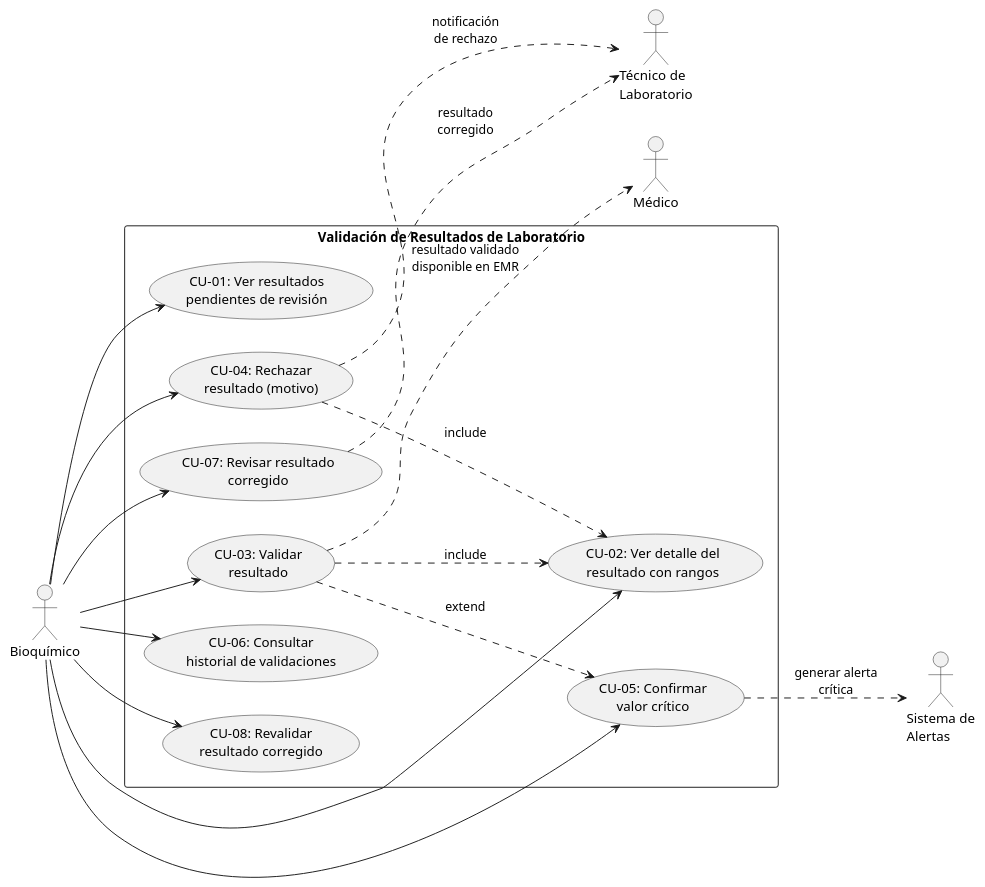
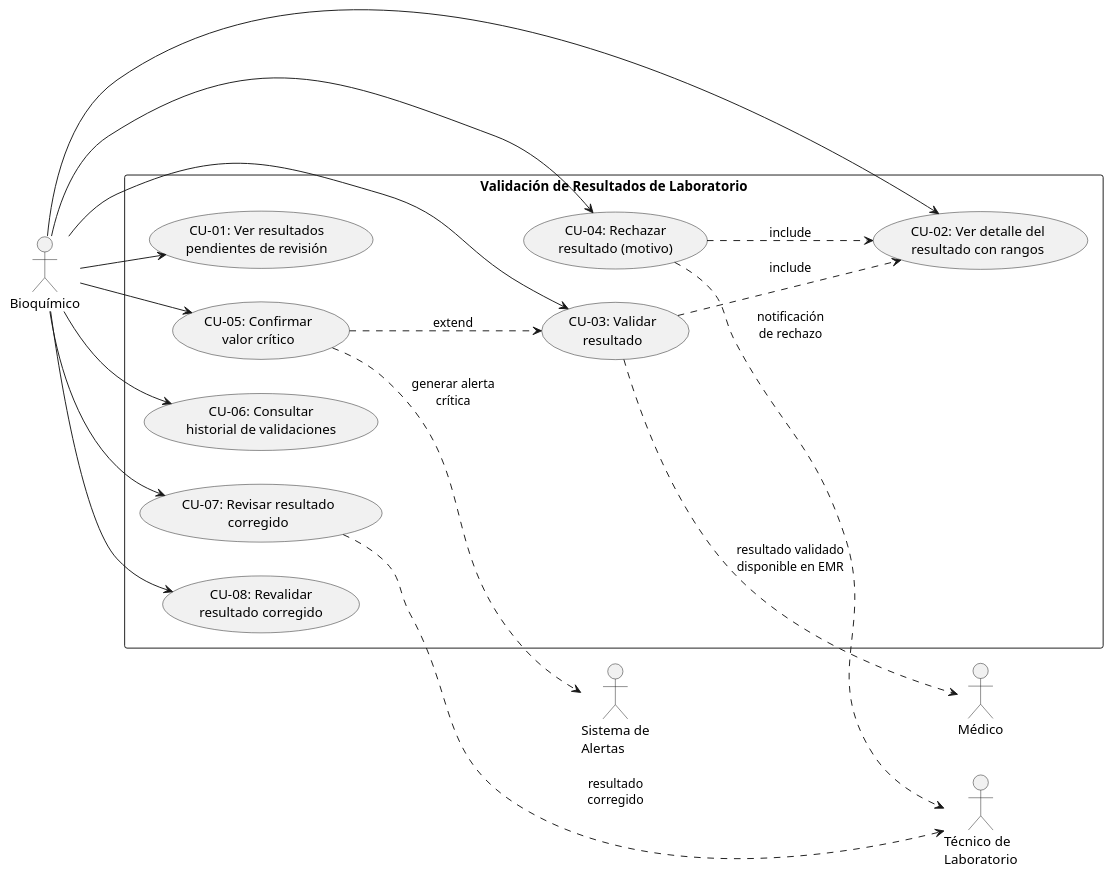
One commit to gioore/asii20-microhis-validacion-bioquimico-tareas changed the diagram in tarea1-uml/casos-de-uso.puml. Above: the diagram before and after it, drawn with PlantUML. The commit also changed 1 other file, not shown here.

Commit message:
tarea1: fix extend direction and actor relations in use case diagram (review)

```diff
--- a/tarea1-uml/casos-de-uso.puml
+++ b/tarea1-uml/casos-de-uso.puml
@@ -1,38 +1,38 @@
 @startuml
 left to right direction
 skinparam packageStyle rectangle
 
 actor "Bioquímico" as bio
 actor "Técnico de\nLaboratorio" as tec
 actor "Médico" as med
 actor "Sistema de\nAlertas" as alertas
 
 rectangle "Validación de Resultados de Laboratorio" {
   usecase "CU-01: Ver resultados\npendientes de revisión" as UC01
   usecase "CU-02: Ver detalle del\nresultado con rangos" as UC02
   usecase "CU-03: Validar\nresultado" as UC03
   usecase "CU-04: Rechazar\nresultado (motivo)" as UC04
   usecase "CU-05: Confirmar\nvalor crítico" as UC05
   usecase "CU-06: Consultar\nhistorial de validaciones" as UC06
   usecase "CU-07: Revisar resultado\ncorregido" as UC07
   usecase "CU-08: Revalidar\nresultado corregido" as UC08
 }
 
 bio --> UC01
 bio --> UC02
 bio --> UC03
 bio --> UC04
 bio --> UC05
 bio --> UC06
 bio --> UC07
 bio --> UC08
 
 UC03 ..> UC02 : include
 UC04 ..> UC02 : include
-UC03 ..> UC05 : extend
+UC05 ..> UC03 : extend
 
 UC03 ..> med : resultado validado\ndisponible en EMR
 UC04 ..> tec : notificación\nde rechazo
 UC05 ..> alertas : generar alerta\ncrítica
 UC07 ..> tec : resultado\ncorregido
 @enduml
```
